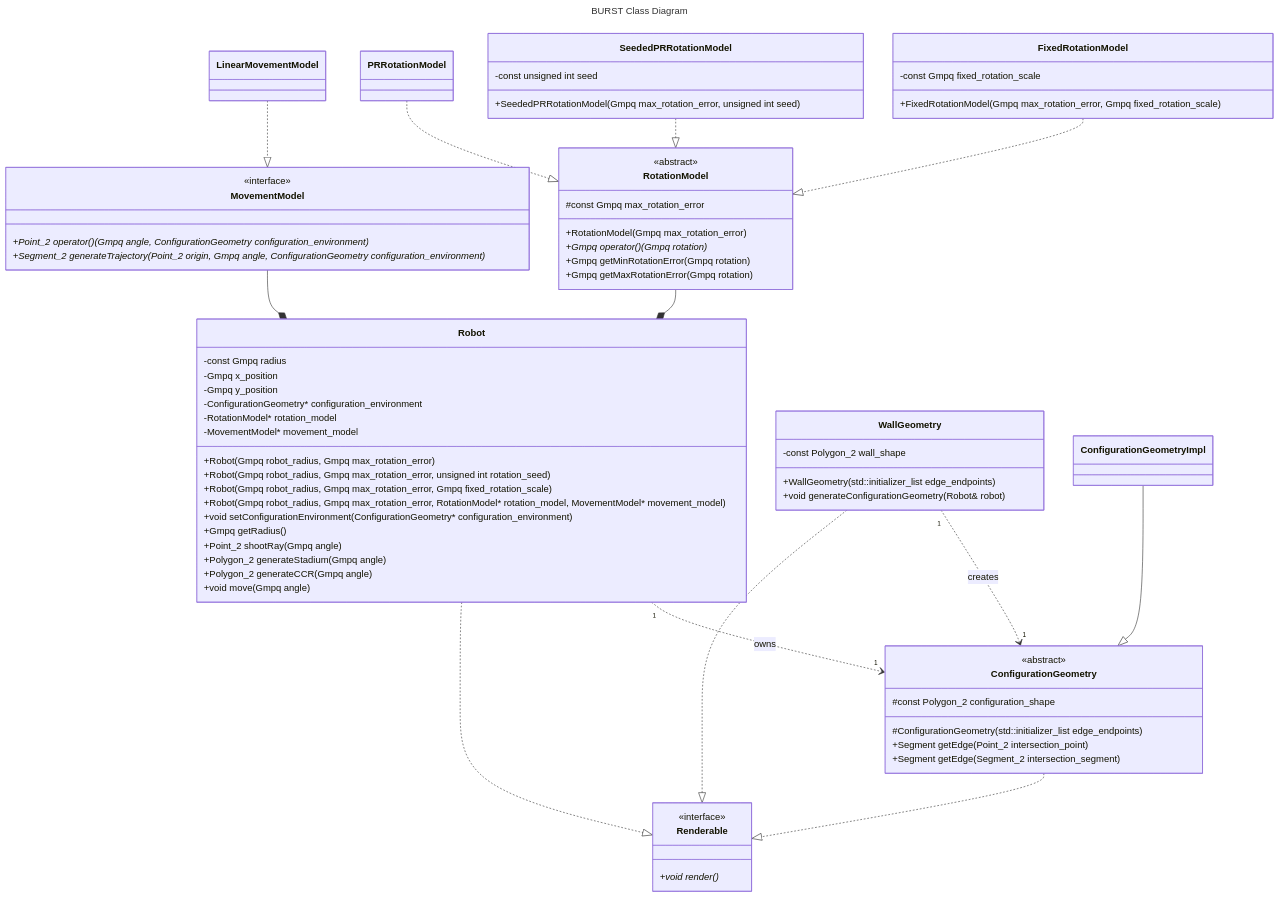
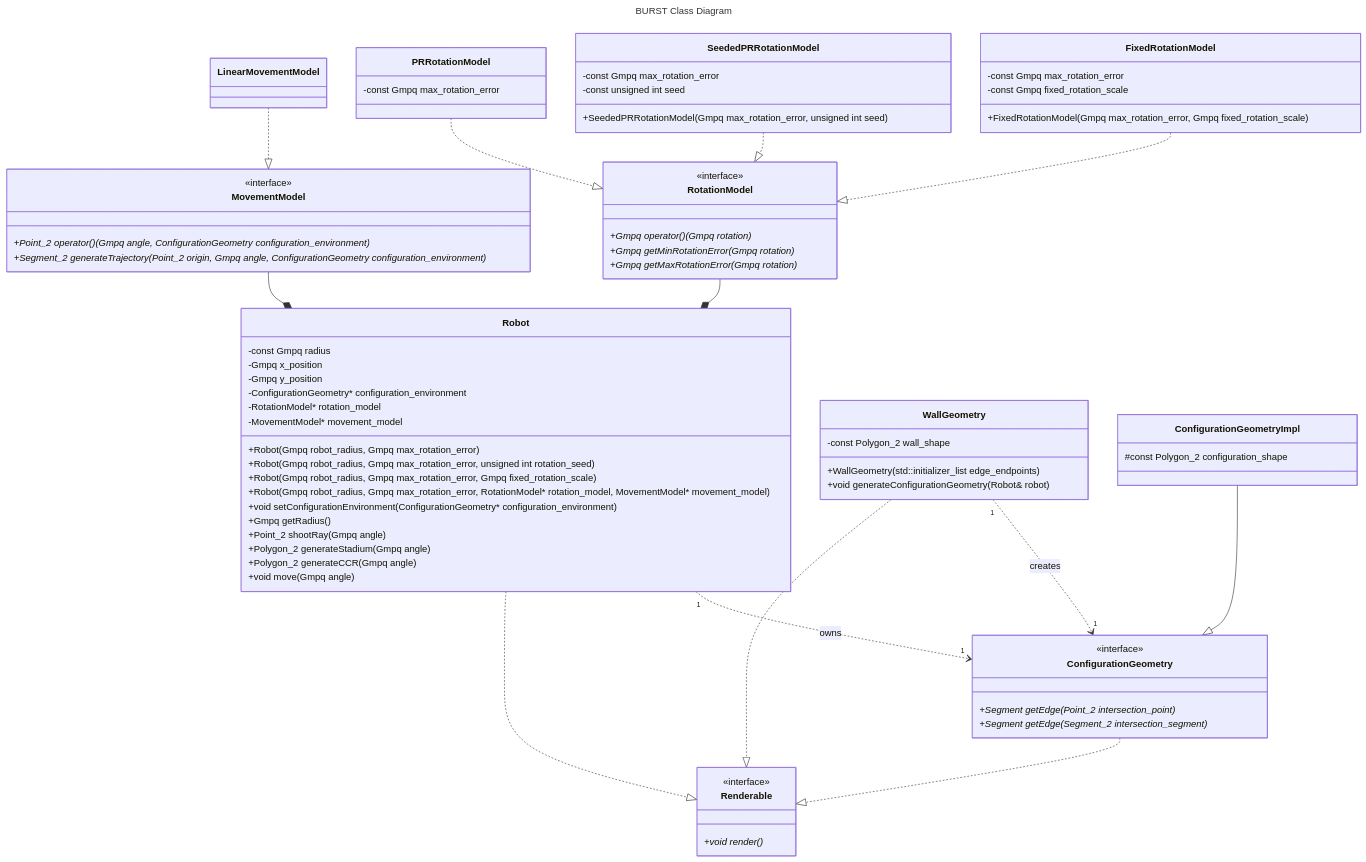
Before and after one commit to KedarPanchal/DAIR-BURST: the diagram in docs/DESIGN.md, drawn with Mermaid. The commit also changed 3 other files, not shown here.

````diff
--- a/docs/DESIGN.md
+++ b/docs/DESIGN.md
@@ -20,19 +20,19 @@
 classDiagram
     direction TD
     class RotationModel {
-        #const Gmpq max_rotation_error
-
-        +RotationModel(Gmpq max_rotation_error)
         +Gmpq operator() (Gmpq rotation)*
-        +Gmpq getMinRotationError(Gmpq rotation)
-        +Gmpq getMaxRotationError(Gmpq rotation)
+        +Gmpq getMinRotationError(Gmpq rotation)*
+        +Gmpq getMaxRotationError(Gmpq rotation)*
     }
-    <<abstract>> RotationModel
+    <<interface>> RotationModel
     
-    class PRRotationModel 
+    class PRRotationModel {
+        -const Gmpq max_rotation_error
+    }
     PRRotationModel ..|> RotationModel
 
     class SeededPRRotationModel {
+        -const Gmpq max_rotation_error
         -const unsigned int seed
 
         +SeededPRRotationModel(Gmpq max_rotation_error, unsigned int seed)
@@ -40,6 +40,7 @@
     SeededPRRotationModel ..|> RotationModel
 
     class FixedRotationModel {
+        -const Gmpq max_rotation_error
         -const Gmpq fixed_rotation_scale
         +FixedRotationModel(Gmpq max_rotation_error, Gmpq fixed_rotation_scale)
     }
@@ -91,17 +92,16 @@
     WallGeometry ..|> Renderable
 
     class ConfigurationGeometry {
-        #const Polygon_2 configuration_shape
-
-        #ConfigurationGeometry(std::initializer_list<Point_2> edge_endpoints)
-        +Segment getEdge(Point_2 intersection_point)
-        +Segment getEdge(Segment_2 intersection_segment)
+        +Segment getEdge(Point_2 intersection_point)*
+        +Segment getEdge(Segment_2 intersection_segment)*
     }
-    <<abstract>> ConfigurationGeometry
+    <<interface>> ConfigurationGeometry
     ConfigurationGeometry ..|> Renderable
     WallGeometry "1" ..> "1" ConfigurationGeometry : creates
     Robot "1" ..> "1" ConfigurationGeometry : owns
 
-    class ConfigurationGeometryImpl
+    class ConfigurationGeometryImpl {
+        #const Polygon_2 configuration_shape
+    }
     ConfigurationGeometryImpl --|> ConfigurationGeometry
 ```
````
